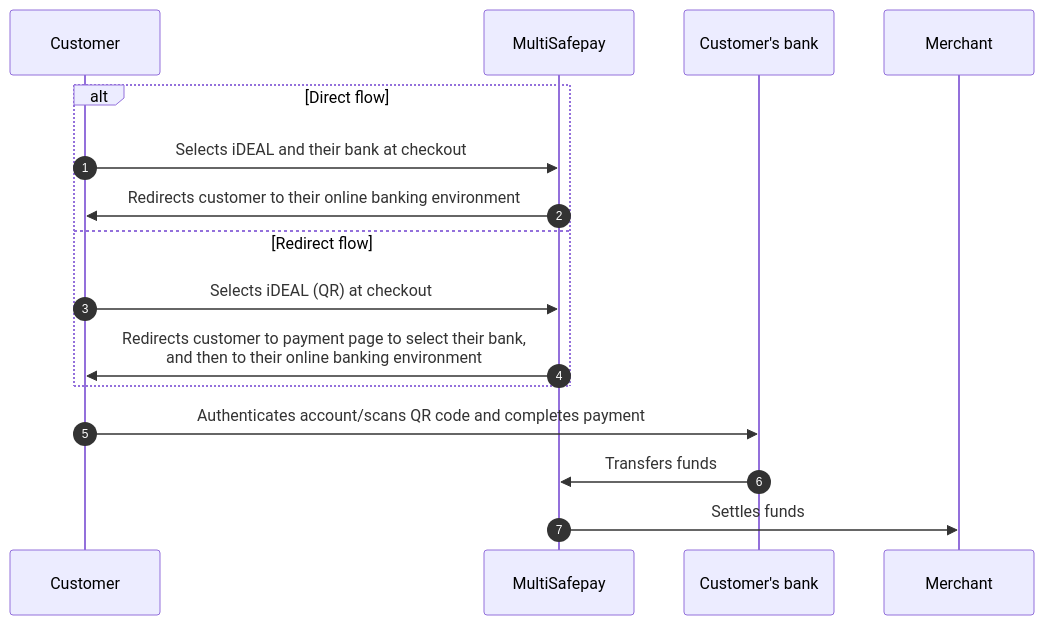
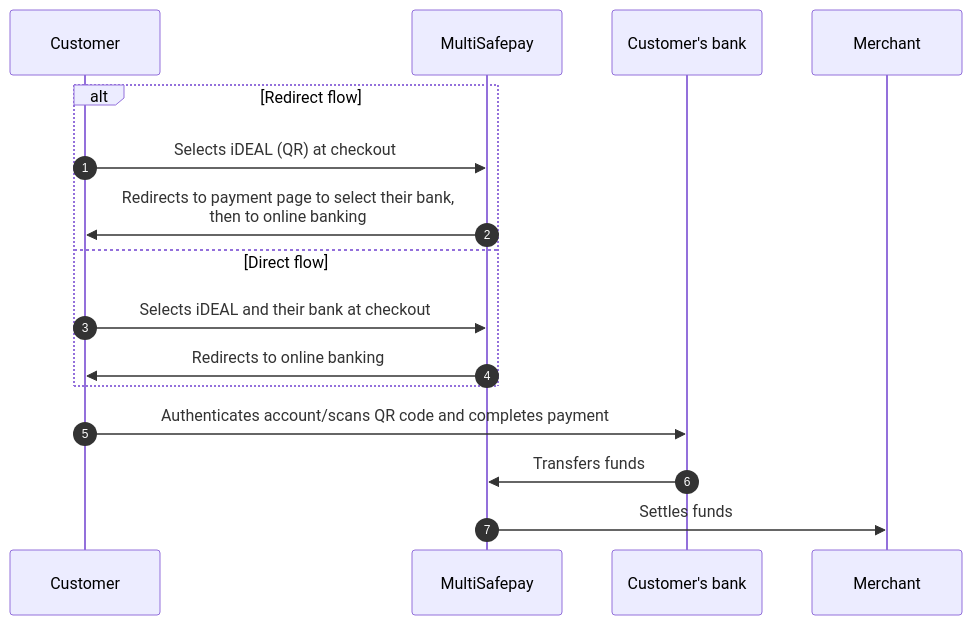
Before and after one commit to MultiSafepay/docs: the diagram in content/payments/methods/banks/ideal/payment-flow.md, drawn with Mermaid. The commit also changed other lines of this file and 35 other files, not shown here.

```diff
--- a/content/payments/methods/banks/ideal/payment-flow.md
+++ b/content/payments/methods/banks/ideal/payment-flow.md
@@ -17,21 +17,21 @@
 {{< mermaid class="text-center" >}}
 
 sequenceDiagram
     autonumber
     participant C as Customer
     participant Mu as MultiSafepay
     participant CB as Customer's bank
     participant Me as Merchant
 
-    alt Direct flow
+    alt Redirect flow
+    C->>Mu: Selects iDEAL (QR) at checkout
+    Mu->>C: Redirects to payment page to select their bank, <br> then to online banking
+    else Direct flow
     C->>Mu: Selects iDEAL and their bank at checkout
-    Mu->>C: Redirects customer to their online banking environment
-    else Redirect flow
-    C->>Mu: Selects iDEAL (QR) at checkout
-    Mu->>C: Redirects customer to payment page to select their bank, <br> and then to their online banking environment
+    Mu->>C: Redirects to online banking
     end
     C->>CB: Authenticates account/scans QR code and completes payment
     CB->>Mu: Transfers funds 
     Mu->>Me: Settles funds
 
 {{< /mermaid >}}
```
